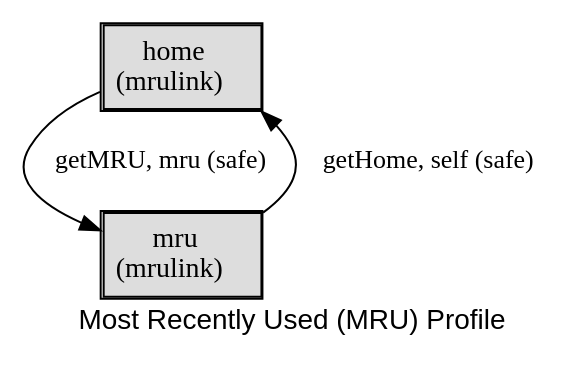
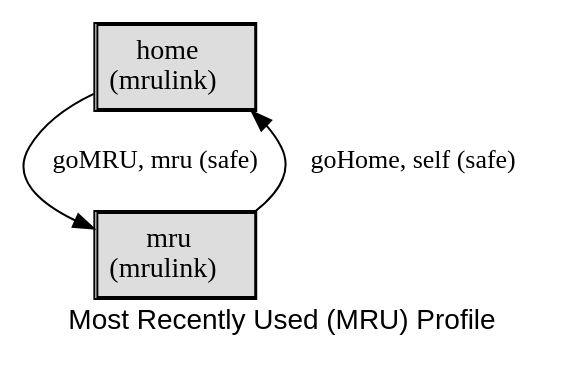
Before and after one commit to webapicookbook/alps-documents: the diagram in docs/mru/mru.dot, drawn with Graphviz. The commit also changed 109 other files, not shown here.

```diff
--- a/docs/mru/mru.dot
+++ b/docs/mru/mru.dot
@@ -1,17 +1,17 @@
 digraph application_state_diagram {
   graph [
     labelloc="b";
     fontname="Helvetica"
     label="Most Recently Used (MRU) Profile";
     URL="index.html" target="_parent"
   ];
   node [shape = box, style = "bold,filled"];
 
     home [style=solid, margin=0.02, label=<<table cellspacing="0" cellpadding="5" cellborder="1" border="0"><tr><td bgcolor="#dddddd">home<br />(mrulink)<br /></td></tr></table>>,shape=box URL="docs/semantic.home.html" target="_parent"]
     mru [style=solid, margin=0.02, label=<<table cellspacing="0" cellpadding="5" cellborder="1" border="0"><tr><td bgcolor="#dddddd">mru<br />(mrulink)<br /></td></tr></table>>,shape=box URL="docs/semantic.mru.html" target="_parent"]
 
-    home -> mru [label = "getMRU, mru (safe)" URL="docs/safe.getMRU.html" target="_parent" fontsize=13];
-    mru -> home [label = "getHome, self (safe)" URL="docs/safe.getHome.html" target="_parent" fontsize=13];
+    home -> mru [label = "goMRU, mru (safe)" URL="docs/safe.goMRU.html" target="_parent" fontsize=13];
+    mru -> home [label = "goHome, self (safe)" URL="docs/safe.goHome.html" target="_parent" fontsize=13];
 
 
 }
```
